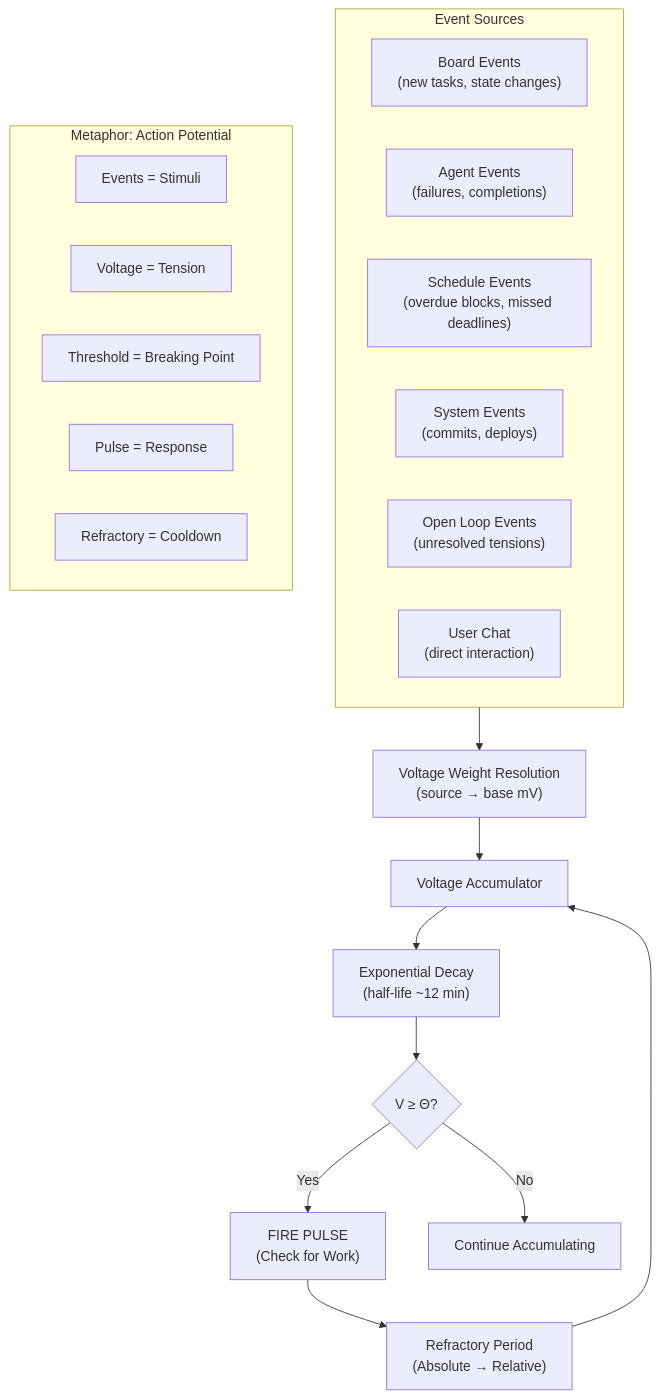
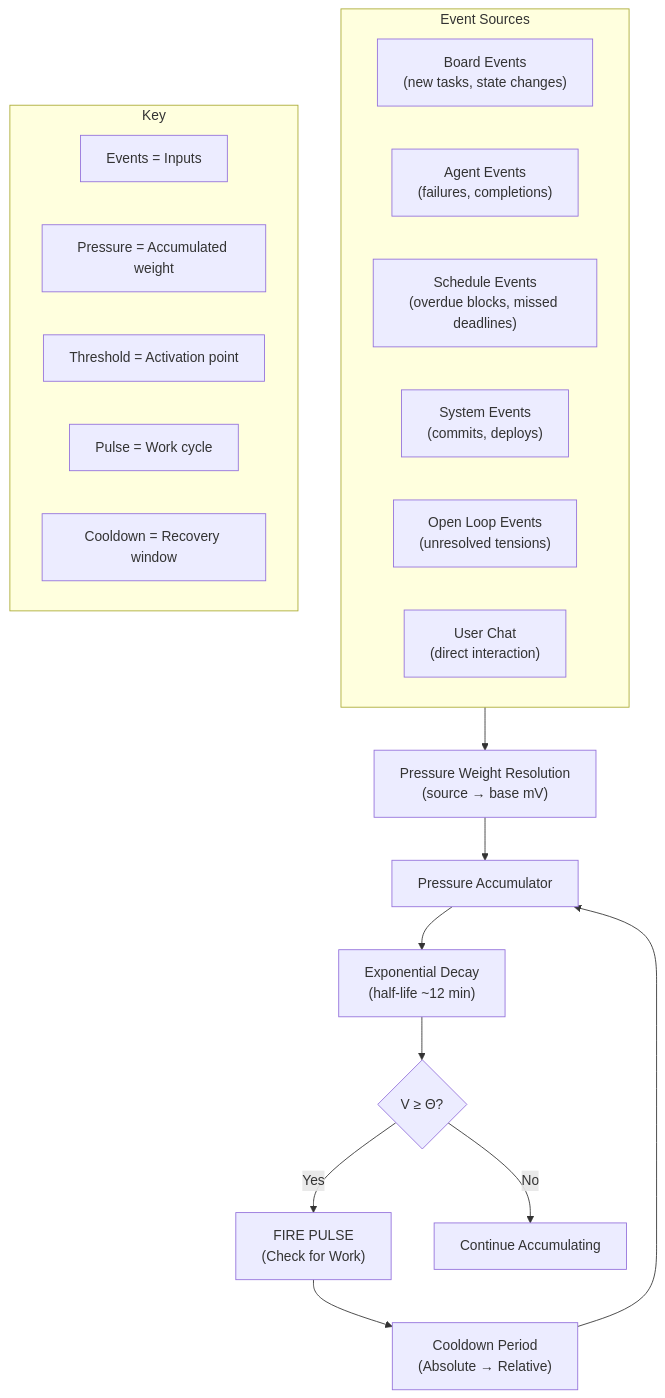
Before and after one commit to XDM-ZSBW/runcore: the fourth of 7 diagrams in docs/diagrams/architecture-public.md, drawn with Mermaid. The commit also changed other lines of this file and 3 other files, not shown here.

First line of the commit message:
Plain language: README, architecture diagrams, whitepaper location

````diff
--- a/docs/diagrams/architecture-public.md
+++ b/docs/diagrams/architecture-public.md
@@ -132,31 +132,31 @@
 ```mermaid
 flowchart TD
     subgraph Sources["Event Sources"]
         BoardEvent["Board Events<br/>(new tasks, state changes)"]
         AgentEvent["Agent Events<br/>(failures, completions)"]
         ScheduleEvent["Schedule Events<br/>(overdue blocks, missed deadlines)"]
         SystemEvent["System Events<br/>(commits, deploys)"]
         LoopEvent["Open Loop Events<br/>(unresolved tensions)"]
         UserChat["User Chat<br/>(direct interaction)"]
     end
 
-    Sources --> Weights["Voltage Weight Resolution<br/>(source → base mV)"]
-    Weights --> Accumulator["Voltage Accumulator"]
+    Sources --> Weights["Pressure Weight Resolution<br/>(source → base mV)"]
+    Weights --> Accumulator["Pressure Accumulator"]
     Accumulator --> Decay["Exponential Decay<br/>(half-life ~12 min)"]
     Decay --> Threshold{"V ≥ Θ?"}
 
     Threshold -->|Yes| Pulse["FIRE PULSE<br/>(Check for Work)"]
     Threshold -->|No| Wait["Continue Accumulating"]
 
-    Pulse --> Refractory["Refractory Period<br/>(Absolute → Relative)"]
-    Refractory --> Accumulator
+    Pulse --> Cooldown["Cooldown Period<br/>(Absolute → Relative)"]
+    Cooldown --> Accumulator
 
-    subgraph Legend["Metaphor: Action Potential"]
+    subgraph Legend["Key"]
         direction LR
-        L1["Events = Stimuli"]
-        L2["Voltage = Tension"]
-        L3["Threshold = Breaking Point"]
-        L4["Pulse = Response"]
-        L5["Refractory = Cooldown"]
+        L1["Events = Inputs"]
+        L2["Pressure = Accumulated weight"]
+        L3["Threshold = Activation point"]
+        L4["Pulse = Work cycle"]
+        L5["Cooldown = Recovery window"]
     end
 ```
````
